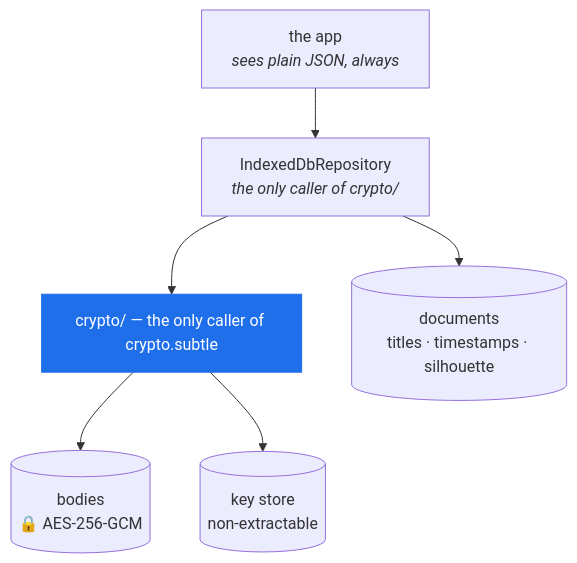
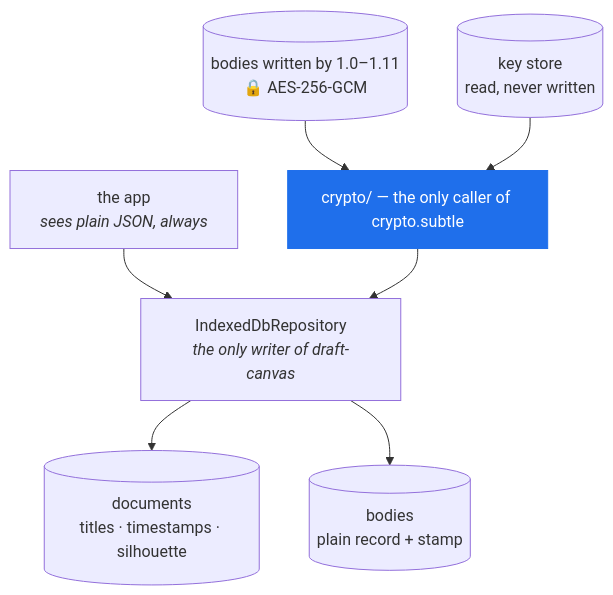
Before and after one commit to acltabontabon/draft-canvas: the sixth of 7 diagrams in docs/reference/architecture.md, drawn with Mermaid. The commit also changed other lines of this file and 22 other files, not shown here.

First line of the commit message:
Store diagrams in the browser as plain records; keep reading what earlier builds encrypted

````diff
--- a/docs/reference/architecture.md
+++ b/docs/reference/architecture.md
@@ -245,16 +245,18 @@
 ```mermaid
 flowchart TD
     APP["the app<br/><i>sees plain JSON, always</i>"]
-    REPO["IndexedDbRepository<br/><i>the only caller of crypto/</i>"]
+    REPO["IndexedDbRepository<br/><i>the only writer of draft-canvas</i>"]
+    SUM[("documents<br/>titles · timestamps · silhouette")]
+    BOD[("bodies<br/>plain record + stamp")]
+    OLD[("bodies written by 1.0–1.11<br/>🔒 AES-256-GCM")]
+    KEY[("key store<br/>read, never written")]
     CIPHER["crypto/ — the only caller of crypto.subtle"]
-    SUM[("documents<br/>titles · timestamps · silhouette")]
-    BOD[("bodies<br/>🔒 AES-256-GCM")]
-    KEY[("key store<br/>non-extractable")]
 
     APP --> REPO
     REPO --> SUM
-    REPO --> CIPHER --> BOD
-    CIPHER --> KEY
+    REPO --> BOD
+    OLD --> CIPHER --> REPO
+    KEY --> CIPHER
 
     style CIPHER fill:#1f6feb,color:#fff,stroke:#1f6feb
 ```
````
